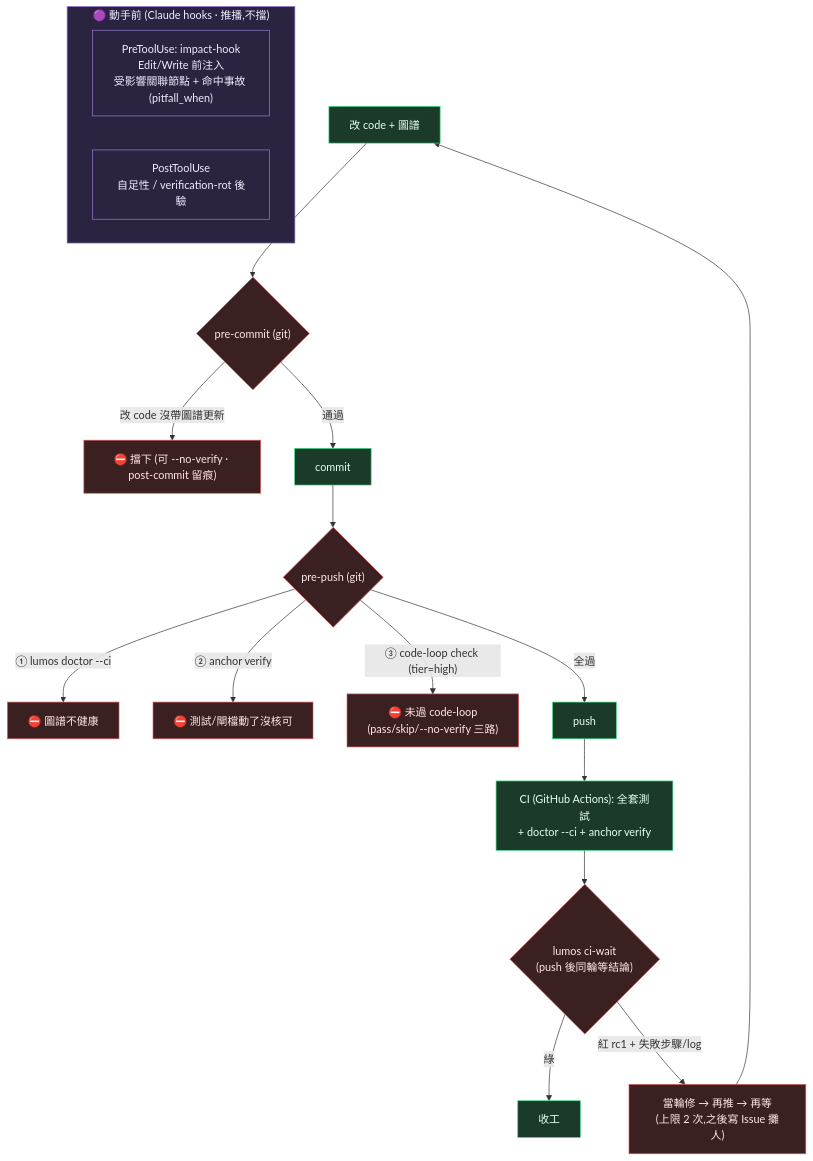
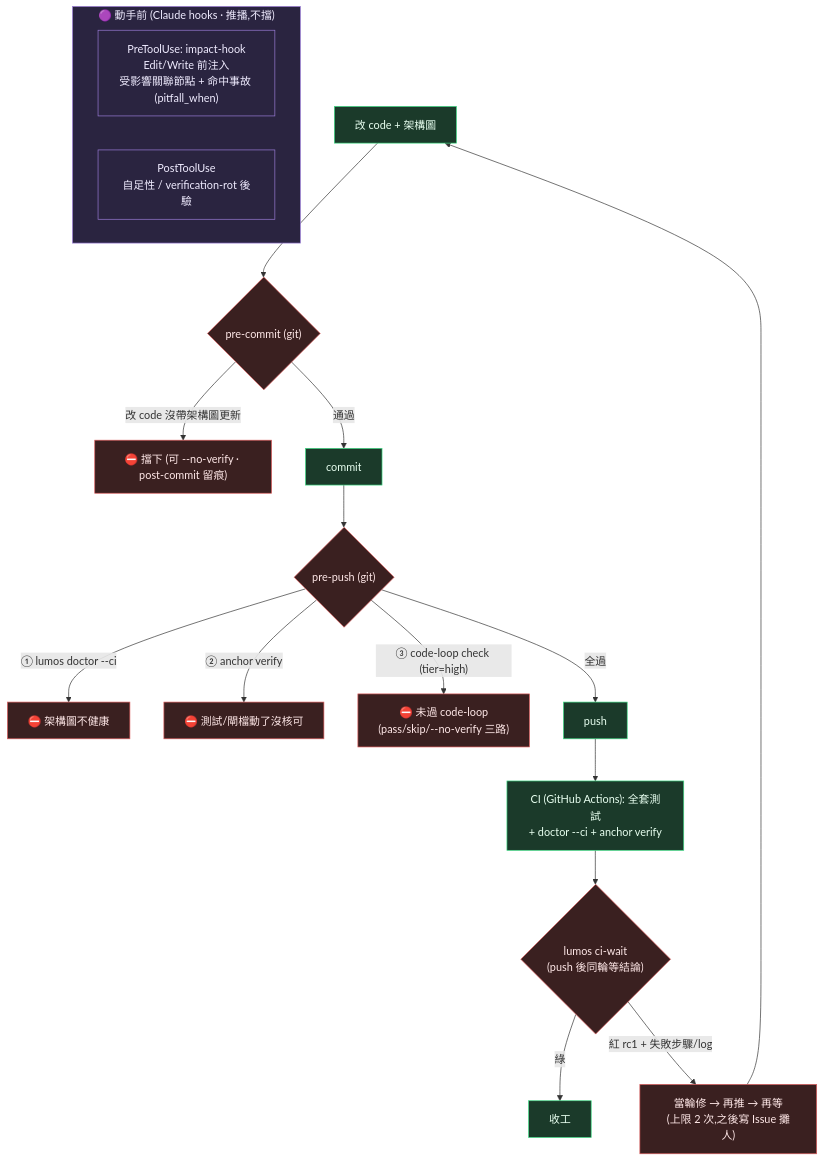
The fourth of 4 diagrams in ARCHITECTURE.md (citrus-android-developer/Citrus_Lumos_Full), drawn with Mermaid before and after one commit. The commit also changed other lines of this file and 357 other files, not shown here.

First line of the commit message:
refactor(naming): 全 repo 術語「圖譜」統一改為「架構圖」——349 檔 2456 處內容 + 9 個檔名/目錄名

````diff
--- a/ARCHITECTURE.md
+++ b/ARCHITECTURE.md
@@ -139,30 +139,30 @@
 ```mermaid
 flowchart TB
     subgraph BEFORE["🟣 動手前 (Claude hooks · 推播,不擋)"]
         PRE["PreToolUse: impact-hook<br/>Edit/Write 前注入<br/>受影響關聯節點 + 命中事故 (pitfall_when)"]
         POSTT["PostToolUse<br/>自足性 / verification-rot 後驗"]
     end
 
-    EDIT["改 code + 圖譜"] --> PC{"pre-commit (git)"}
-    PC -->|"改 code 沒帶圖譜更新"| BLOCK["⛔ 擋下 (可 --no-verify · post-commit 留痕)"]
+    EDIT["改 code + 架構圖"] --> PC{"pre-commit (git)"}
+    PC -->|"改 code 沒帶架構圖更新"| BLOCK["⛔ 擋下 (可 --no-verify · post-commit 留痕)"]
     PC -->|通過| COMMIT["commit"]
 
     COMMIT --> PUSH{"pre-push (git)"}
-    PUSH -->|"① lumos doctor --ci"| PB1["⛔ 圖譜不健康"]
+    PUSH -->|"① lumos doctor --ci"| PB1["⛔ 架構圖不健康"]
     PUSH -->|"② anchor verify"| PB2["⛔ 測試/閘檔動了沒核可"]
     PUSH -->|"③ code-loop check (tier=high)"| PB3["⛔ 未過 code-loop<br/>(pass/skip/--no-verify 三路)"]
     PUSH -->|全過| PASS["push"]
     PASS --> CI["CI (GitHub Actions): 全套測試<br/>+ doctor --ci + anchor verify"]
     CI --> WAIT{"lumos ci-wait<br/>(push 後同輪等結論)"}
     WAIT -->|綠| DONE["收工"]
     WAIT -->|"紅 rc1 + 失敗步驟/log"| FIX["當輪修 → 再推 → 再等<br/>(上限 2 次,之後寫 Issue 攤人)"]
     FIX --> EDIT
 
     classDef gate fill:#3a2020,stroke:#dc5b5b,color:#ffe8e8
     classDef ok fill:#1b3a2a,stroke:#3ddc84,color:#e8fff0
     classDef push fill:#2a2440,stroke:#9a7bd6,color:#f0ecff
     class PC,PUSH,BLOCK,PB1,PB2,PB3 gate
     class COMMIT,PASS,CI,EDIT,DONE ok
     class WAIT,FIX gate
     class BEFORE,PRE,POSTT push
 ```
````
